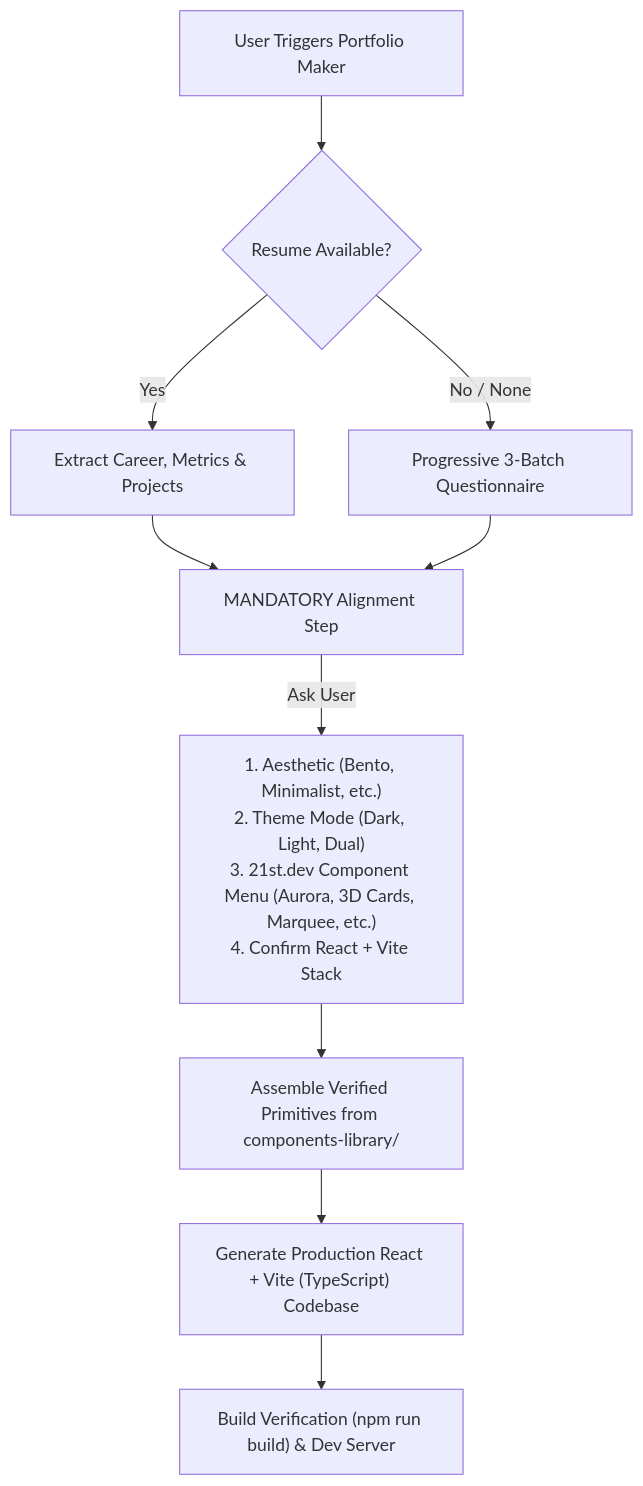
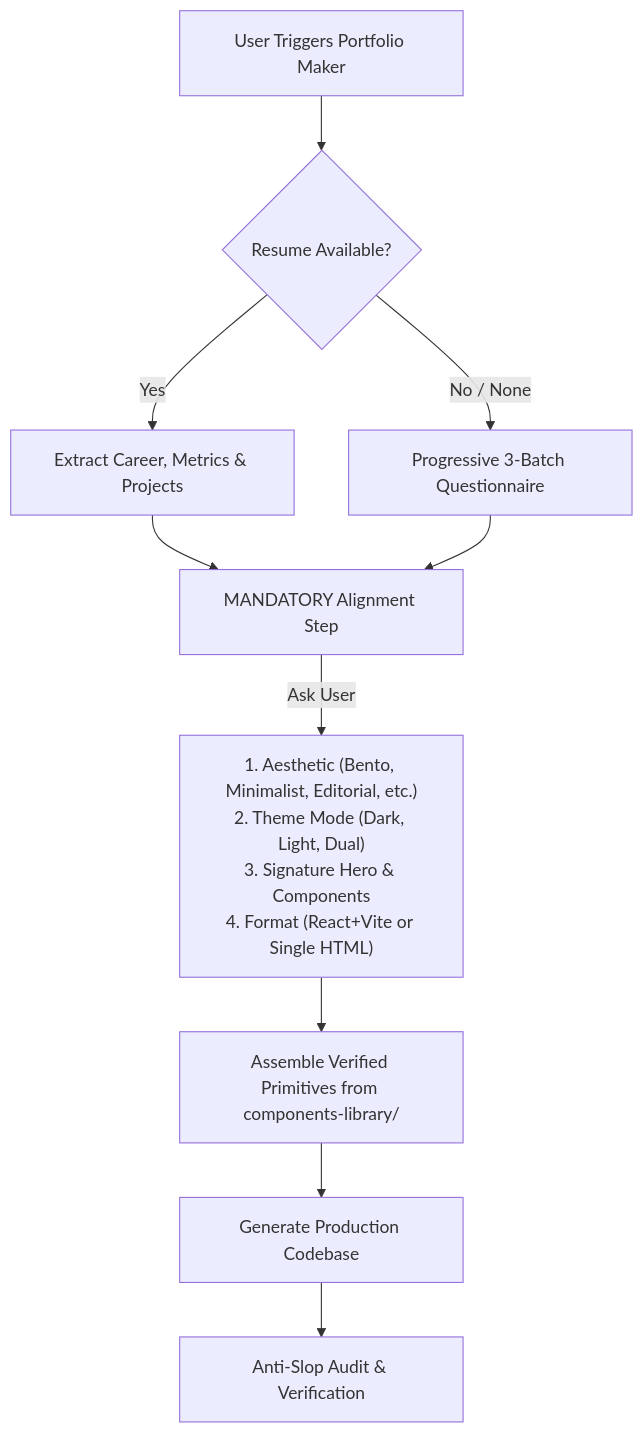
One commit to NaitikGrover/portfolio-maker changed the diagram in README.md. Above: the diagram before and after it, drawn with Mermaid. The commit also changed other lines of this file and 4 other files, not shown here.

````diff
--- a/README.md
+++ b/README.md
@@ -83,12 +93,12 @@
 ```mermaid
 flowchart TD
     A["User Triggers Portfolio Maker"] --> B{"Resume Available?"}
     B -- Yes --> C["Extract Career, Metrics & Projects"]
     B -- No / None --> D["Progressive 3-Batch Questionnaire"]
     C --> E["MANDATORY Alignment Step"]
     D --> E
-    E -->|Ask User| F["1. Aesthetic (Bento, Minimalist, etc.)\n2. Theme Mode (Dark, Light, Dual)\n3. 21st.dev Component Menu (Aurora, 3D Cards, Marquee, etc.)\n4. Confirm React + Vite Stack"]
+    E -->|Ask User| F["1. Aesthetic (Bento, Minimalist, Editorial, etc.)\n2. Theme Mode (Dark, Light, Dual)\n3. Signature Hero & Components\n4. Format (React+Vite or Single HTML)"]
     F --> G["Assemble Verified Primitives from components-library/"]
-    G --> H["Generate Production React + Vite (TypeScript) Codebase"]
-    H --> I["Build Verification (npm run build) & Dev Server"]
+    G --> H["Generate Production Codebase"]
+    H --> I["Anti-Slop Audit & Verification"]
 ```
````
